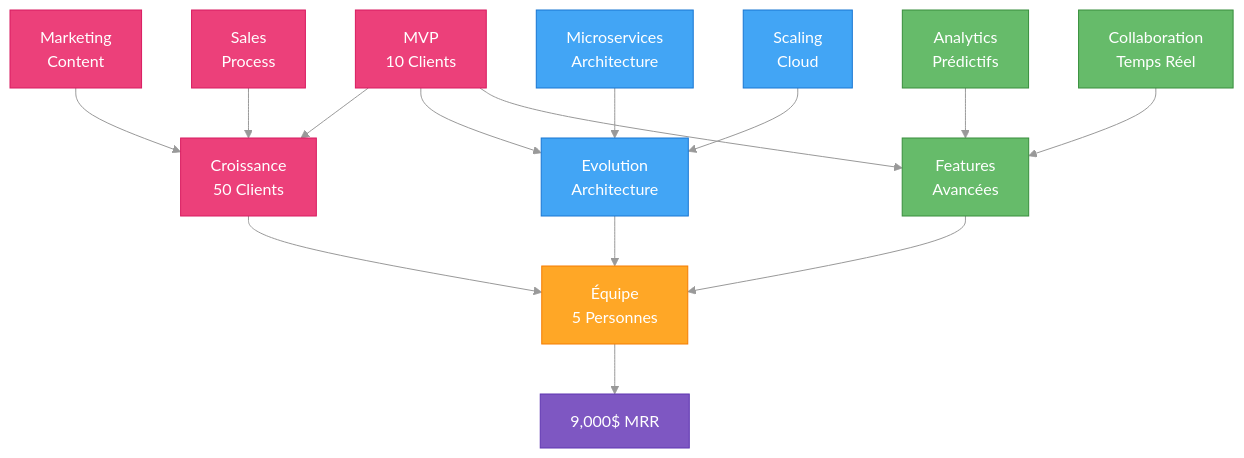
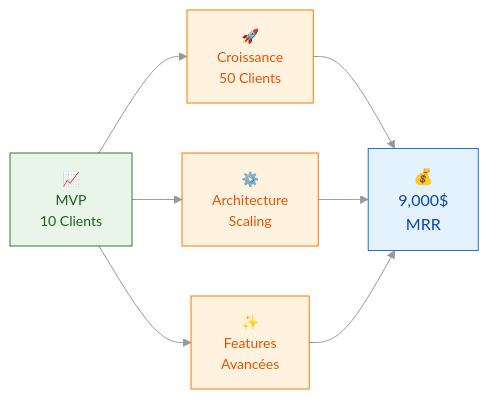
Before and after one commit to MacroMan5/project_a3e_beta: the first of 15 diagrams in project/6_product_specifications/PRD_PHASE2_EXPANSION.md, drawn with Mermaid. The commit also changed other lines of this file and 16 other files, not shown here.

````diff
--- a/project/6_product_specifications/PRD_PHASE2_EXPANSION.md
+++ b/project/6_product_specifications/PRD_PHASE2_EXPANSION.md
@@ -32,34 +32,19 @@
 ```mermaid
-%%{init: {'theme': 'base', 'themeVariables': { 'primaryColor': '#f5f5f5', 'lineColor': '#999'}}}%%
-graph TD
-    classDef growth fill:#EC407A,stroke:#D81B60,color:white
-    classDef tech fill:#42A5F5,stroke:#1976D2,color:white
-    classDef feature fill:#66BB6A,stroke:#388E3C,color:white
-    classDef team fill:#FFA726,stroke:#F57C00,color:white
-    classDef goal fill:#7E57C2,stroke:#5E35B1,color:white
-
-    MVP[MVP<br/>10 Clients] --> G[Croissance<br/>50 Clients]
-    MVP --> T[Evolution<br/>Architecture]
-    MVP --> F[Features<br/>Avancées]
+%%{init: {'theme': 'base', 'themeVariables': { 'primaryColor': '#f5f5f5', 'lineColor': '#999', 'fontFamily': 'Roboto, sans-serif'}}}%%
+graph LR
+    MVP[📈<br/>MVP<br/>10 Clients] --> Growth[🚀<br/>Croissance<br/>50 Clients]
+    MVP --> Tech[⚙️<br/>Architecture<br/>Scaling]
+    MVP --> Features[✨<br/>Features<br/>Avancées]
     
-    G --> Team[Équipe<br/>5 Personnes]
-    T --> Team
-    F --> Team
+    Growth --> Goal[💰<br/>9,000$<br/>MRR]
+    Tech --> Goal
+    Features --> Goal
     
-    Team --> Goal[9,000$ MRR]
+    classDef mvp fill:#E8F5E8,stroke:#2E7D32,color:#1B5E20,font-size:14px
+    classDef expansion fill:#FFF3E0,stroke:#F57C00,color:#E65100,font-size:14px
+    classDef goal fill:#E3F2FD,stroke:#1976D2,color:#0D47A1,font-size:16px
     
-    G1[Marketing<br/>Content] --> G
-    G2[Sales<br/>Process] --> G
-    
-    T1[Microservices<br/>Architecture] --> T
-    T2[Scaling<br/>Cloud] --> T
-    
-    F1[Analytics<br/>Prédictifs] --> F
-    F2[Collaboration<br/>Temps Réel] --> F
-    
-    class MVP,G,G1,G2 growth
-    class T,T1,T2 tech
-    class F,F1,F2 feature
-    class Team team
+    class MVP mvp
+    class Growth,Tech,Features expansion
     class Goal goal
 ```
````
